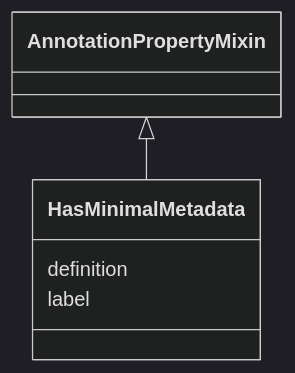
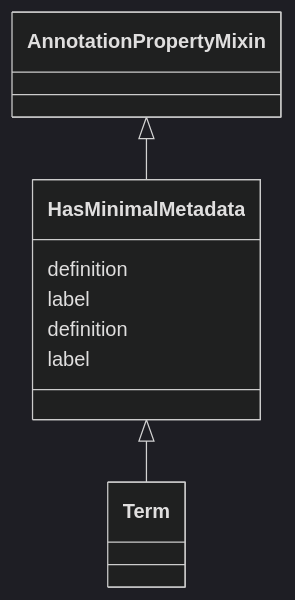
One commit to INCATools/ontology-access-kit changed the diagram in ontology-metadata/HasMinimalMetadata.md. Above: the diagram before and after it, drawn with Mermaid (dark theme). The commit also changed 245 other files, not shown here.

````diff
--- a/ontology-metadata/HasMinimalMetadata.md
+++ b/ontology-metadata/HasMinimalMetadata.md
@@ -15,9 +15,15 @@
 ```{mermaid}
  classDiagram
+    class HasMinimalMetadata
       AnnotationPropertyMixin <|-- HasMinimalMetadata
       
       HasMinimalMetadata : definition
       HasMinimalMetadata : label
       
 
+      HasMinimalMetadata <|-- Term
+      
+      HasMinimalMetadata : definition
+      HasMinimalMetadata : label
+      
 ```
````
